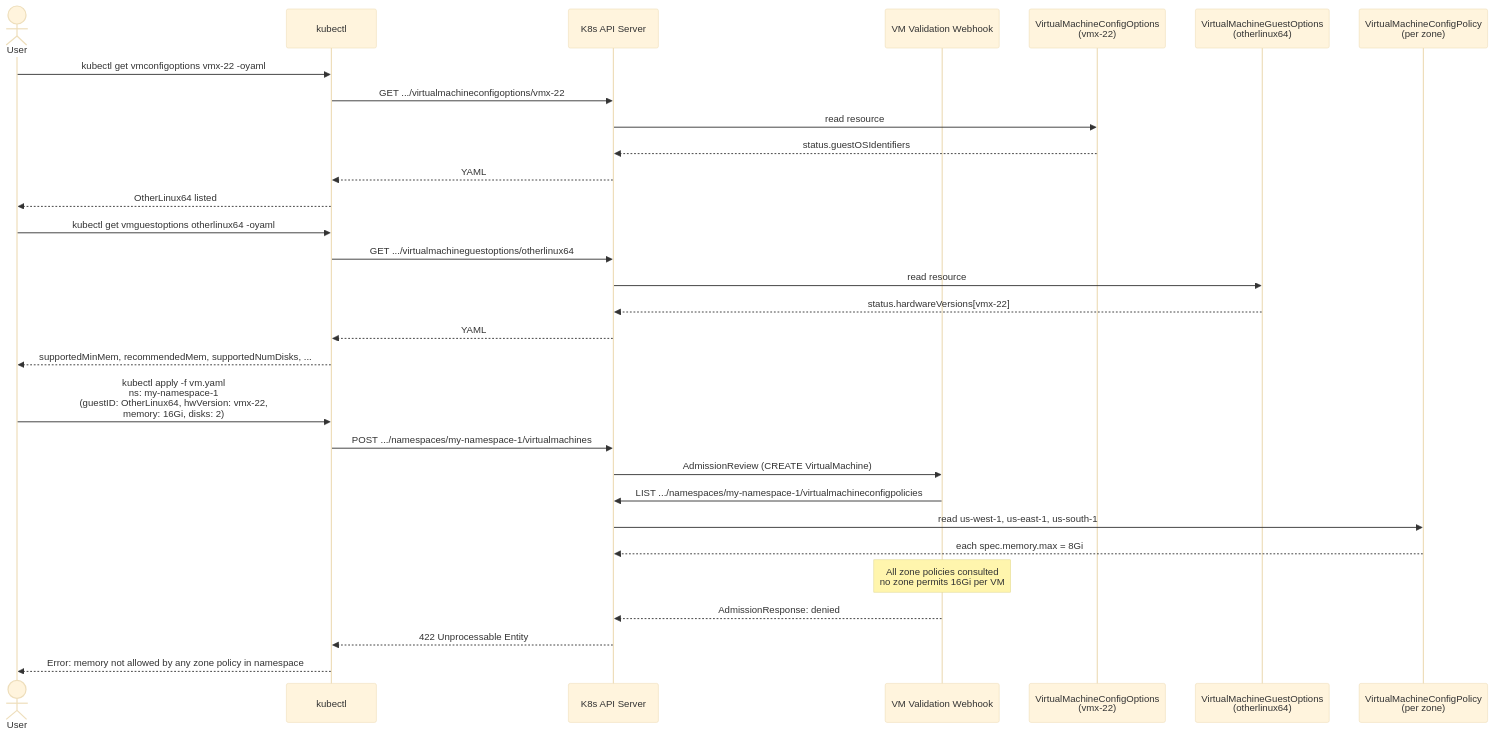
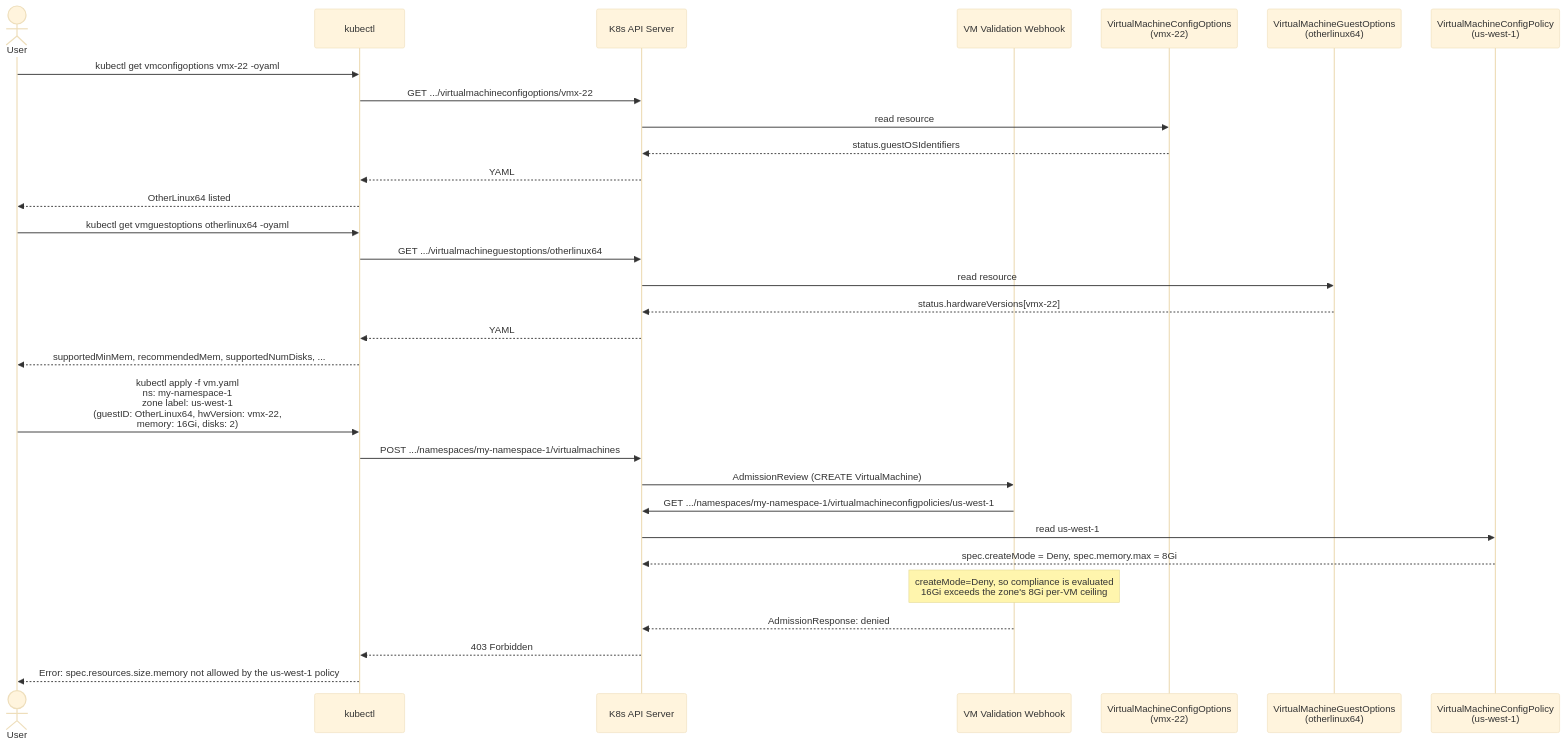
The diagram in external/vim/doc/deploying-a-vm.md (vmware-tanzu/vm-operator), drawn with Mermaid (base theme) before and after one commit. The commit also changed other lines of this file and 4 other files, not shown here.

````diff
--- a/external/vim/doc/deploying-a-vm.md
+++ b/external/vim/doc/deploying-a-vm.md
@@ -110,38 +112,38 @@
 ```mermaid
 sequenceDiagram
     actor User
     participant kc as kubectl
     participant api as K8s API Server
     participant wh as VM Validation Webhook
     participant vmco as VirtualMachineConfigOptions<br/>(vmx-22)
     participant vmgo as VirtualMachineGuestOptions<br/>(otherlinux64)
-    participant vcp as VirtualMachineConfigPolicy<br/>(per zone)
+    participant vcp as VirtualMachineConfigPolicy<br/>(us-west-1)
 
     User->>kc: kubectl get vmconfigoptions vmx-22 -oyaml
     kc->>api: GET .../virtualmachineconfigoptions/vmx-22
     api->>vmco: read resource
     vmco-->>api: status.guestOSIdentifiers
     api-->>kc: YAML
     kc-->>User: OtherLinux64 listed
 
     User->>kc: kubectl get vmguestoptions otherlinux64 -oyaml
     kc->>api: GET .../virtualmachineguestoptions/otherlinux64
     api->>vmgo: read resource
     vmgo-->>api: status.hardwareVersions[vmx-22]
     api-->>kc: YAML
     kc-->>User: supportedMinMem, recommendedMem, supportedNumDisks, ...
 
-    User->>kc: kubectl apply -f vm.yaml<br/>ns: my-namespace-1<br/>(guestID: OtherLinux64, hwVersion: vmx-22,<br/>memory: 16Gi, disks: 2)
+    User->>kc: kubectl apply -f vm.yaml<br/>ns: my-namespace-1<br/>zone label: us-west-1<br/>(guestID: OtherLinux64, hwVersion: vmx-22,<br/>memory: 16Gi, disks: 2)
     kc->>api: POST .../namespaces/my-namespace-1/virtualmachines
 
     api->>wh: AdmissionReview (CREATE VirtualMachine)
-    wh->>api: LIST .../namespaces/my-namespace-1/virtualmachineconfigpolicies
-    api->>vcp: read us-west-1, us-east-1, us-south-1
-    vcp-->>api: each spec.memory.max = 8Gi
+    wh->>api: GET .../namespaces/my-namespace-1/virtualmachineconfigpolicies/us-west-1
+    api->>vcp: read us-west-1
+    vcp-->>api: spec.createMode = Deny, spec.memory.max = 8Gi
 
-    Note over wh: All zone policies consulted<br/>no zone permits 16Gi per VM
+    Note over wh: createMode=Deny, so compliance is evaluated<br/>16Gi exceeds the zone's 8Gi per-VM ceiling
 
     wh-->>api: AdmissionResponse: denied
-    api-->>kc: 422 Unprocessable Entity
-    kc-->>User: Error: memory not allowed by any zone policy in namespace
+    api-->>kc: 403 Forbidden
+    kc-->>User: Error: spec.resources.size.memory not allowed by the us-west-1 policy
 ```
````
